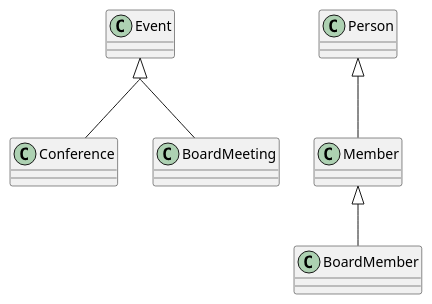
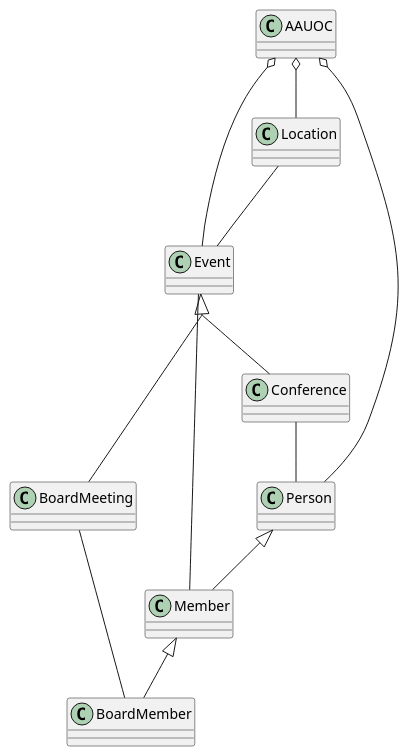
Before and after one commit to tatianagarijo/UMlClasesTatianaGarijo: the diagram in src/Prueba.puml, drawn with PlantUML. The commit also changed other lines of this file and 3 other files, not shown here.

```diff
--- a/src/Prueba.puml
+++ b/src/Prueba.puml
@@ -1,29 +1,40 @@
 @startuml
     class Event{
     }
 
     class Conference{
     }
 
     class BoardMeeting{
     }
 
-
-    skinparam groupInheritance 2
-    Event <|-- BoardMeeting
-    Event <|-- Conference
-
     class Person{
     }
 
     class Member{
     }
 
     class BoardMember{
     }
 
+    class Location{
+    }
+
+    class AAUOC{
+    }
+
+    AAUOC o-- Location
+    AAUOC o-- Event
+    AAUOC o-- Person
+    Location -- Event
+    Event-- Member
+    skinparam groupInheritance 2
+        Event <|-- Conference
+        Event <|-- BoardMeeting
+
     Member <|-- BoardMember
     Person <|-- Member
-
+    BoardMeeting -- BoardMember
+    Conference --Person
 
 @enduml
```
